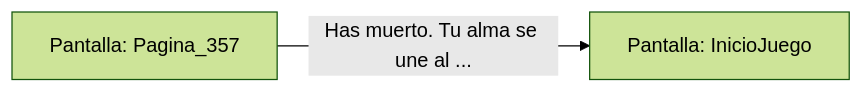
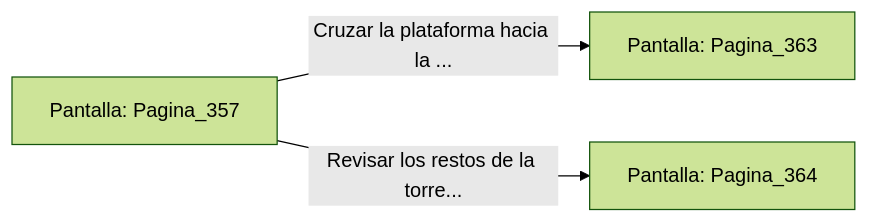
The diagram in sample/eligejuego-vault/Pantalla_Pagina_357.md (metsuke/mpl), drawn with Mermaid (forest theme) before and after one commit. The commit also changed other lines of this file and 635 other files, not shown here.

First line of the commit message:
fix: añadir Pagina_1 como pantalla inicial en capitulo_01.mpl

````diff
--- a/sample/eligejuego-vault/Pantalla_Pagina_357.md
+++ b/sample/eligejuego-vault/Pantalla_Pagina_357.md
@@ -17,5 +24,6 @@
 ```mermaid
 graph LR
     P_Pagina_357["Pantalla: Pagina_357"]
-    P_Pagina_357 -->|"Has muerto. Tu alma se une al ..."| P_InicioJuego["Pantalla: InicioJuego"]
+    P_Pagina_357 -->|"Cruzar la plataforma hacia la ..."| P_Pagina_363["Pantalla: Pagina_363"]
+    P_Pagina_357 -->|"Revisar los restos de la torre..."| P_Pagina_364["Pantalla: Pagina_364"]
 ```
````
